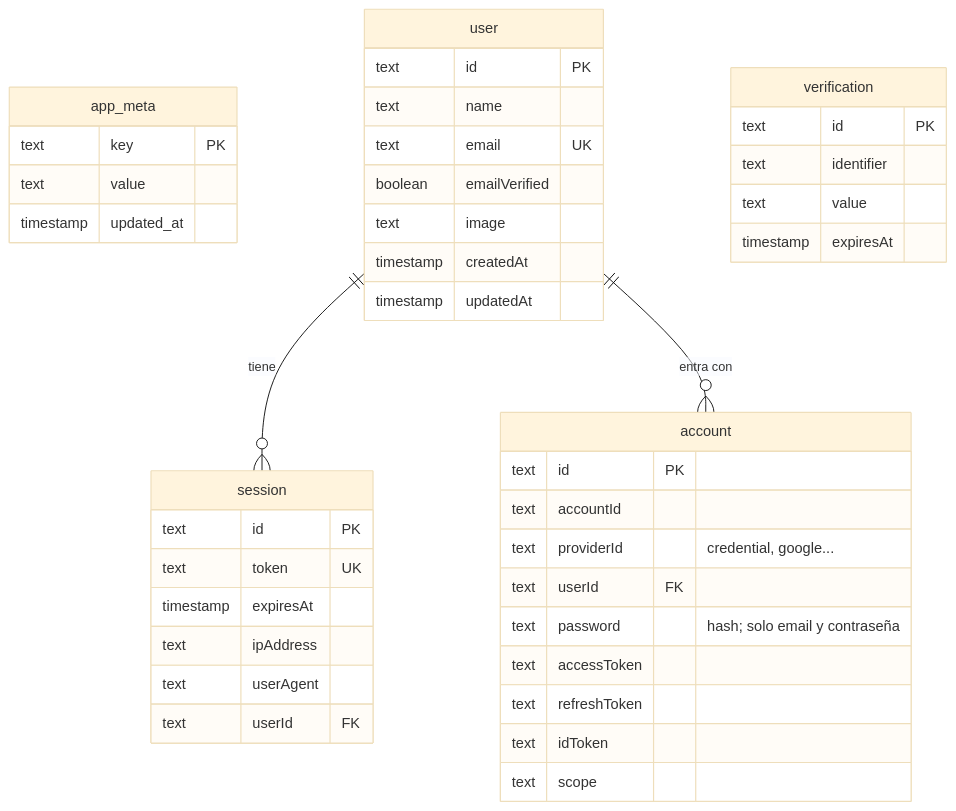
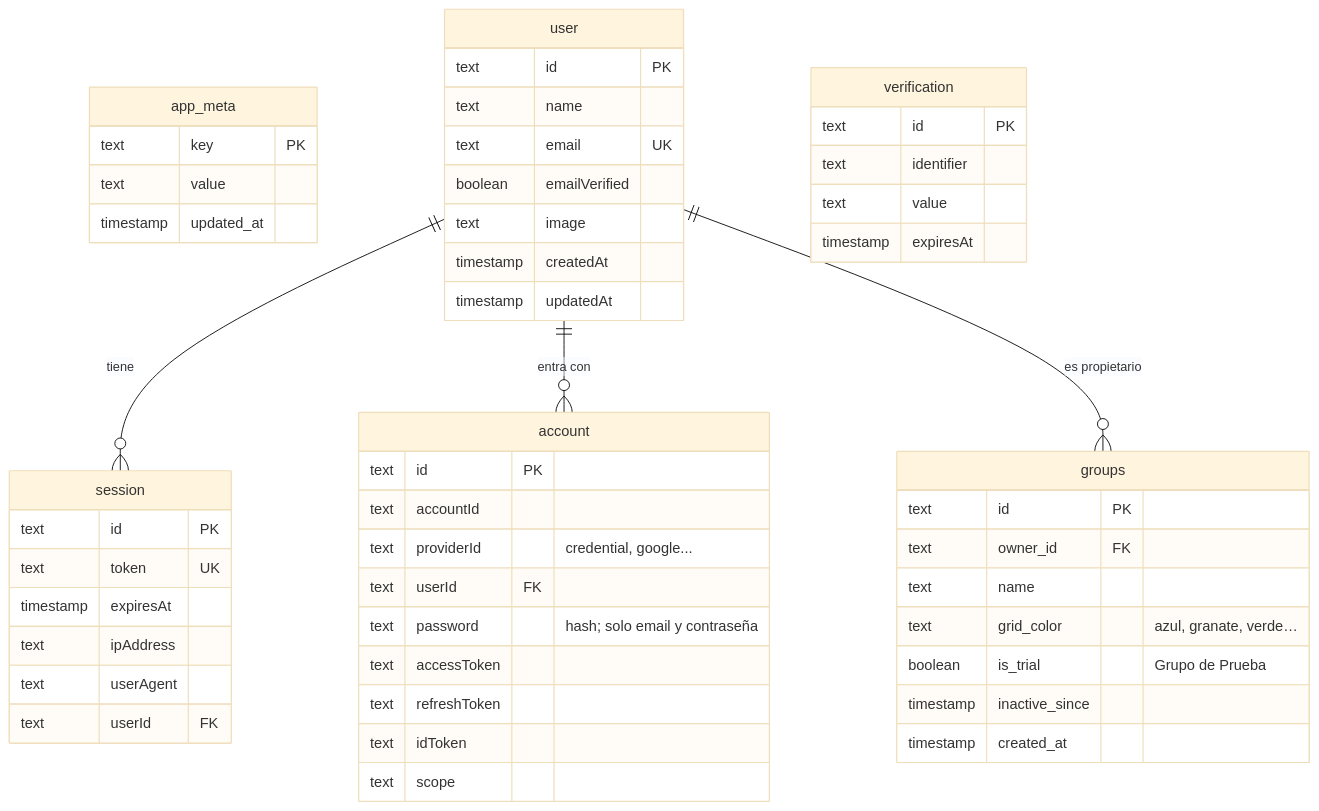
Before and after one commit to juananmgz/cuadrocorrocalle: the first of 2 diagrams in documentation/database.md, drawn with Mermaid (base theme). The commit also changed other lines of this file and 30 other files, not shown here.

Commit message:
✨ Add groups with chooser dialog, editing and grid colours

````diff
--- a/documentation/database.md
+++ b/documentation/database.md
@@ -14,44 +15,54 @@
 ```mermaid
 erDiagram
   app_meta {
     text key PK
     text value
     timestamp updated_at
   }
   user ||--o{ session : "tiene"
   user ||--o{ account : "entra con"
   user {
     text id PK
     text name
     text email UK
     boolean emailVerified
     text image
     timestamp createdAt
     timestamp updatedAt
   }
   session {
     text id PK
     text token UK
     timestamp expiresAt
     text ipAddress
     text userAgent
     text userId FK
   }
   account {
     text id PK
     text accountId
     text providerId "credential, google..."
     text userId FK
     text password "hash; solo email y contraseña"
     text accessToken
     text refreshToken
     text idToken
     text scope
   }
+  user ||--o{ groups : "es propietario"
+  groups {
+    text id PK
+    text owner_id FK
+    text name
+    text grid_color "azul, granate, verde…"
+    boolean is_trial "Grupo de Prueba"
+    timestamp inactive_since
+    timestamp created_at
+  }
   verification {
     text id PK
     text identifier
     text value
     timestamp expiresAt
   }
 ```
````
